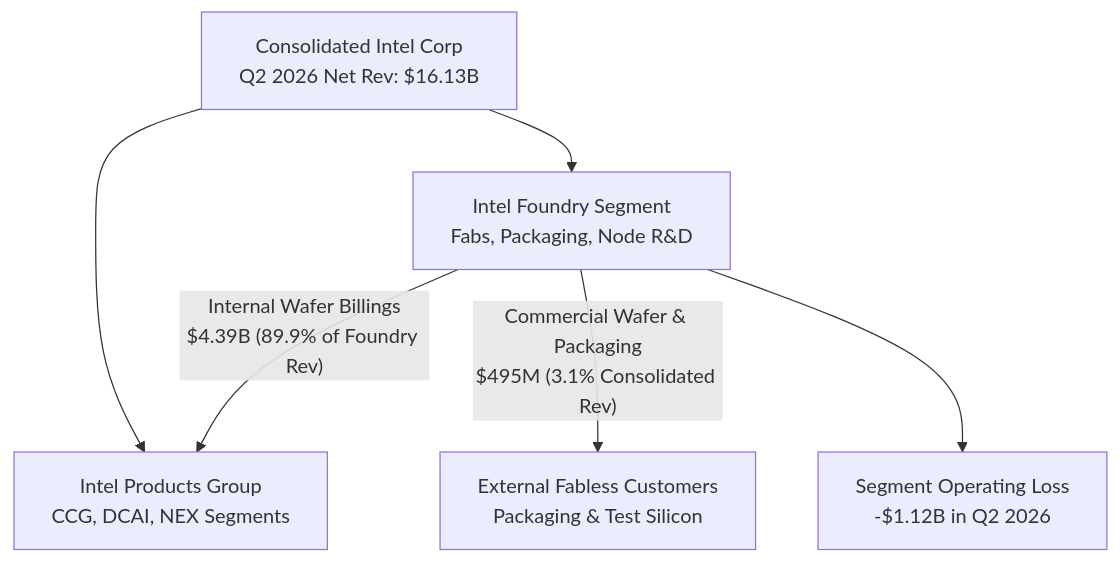
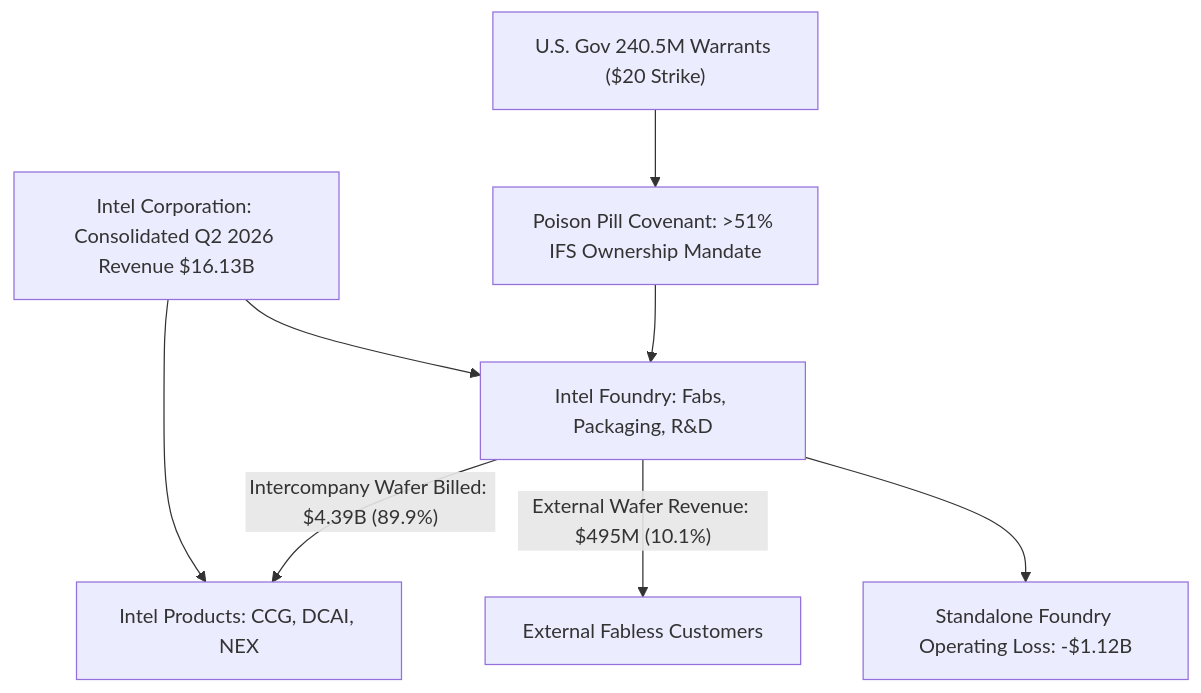
The first of 3 diagrams in web/src/content/articles/intc-intc-2026-09-28-001.md (Unheat/memeTrading), drawn with Mermaid before and after one commit. The commit also changed other lines of this file and 6 other files, not shown here.

````diff
--- a/web/src/content/articles/intc-intc-2026-09-28-001.md
+++ b/web/src/content/articles/intc-intc-2026-09-28-001.md
@@ -92,8 +91,10 @@
 ```mermaid
 flowchart TD
-A["Consolidated Intel Corp<br/>Q2 2026 Net Rev: $16.13B"] --> B["Intel Products Group<br/>CCG, DCAI, NEX Segments"]
-A --> C["Intel Foundry Segment<br/>Fabs, Packaging, Node R&D"]
-C -- "Internal Wafer Billings<br/>$4.39B (89.9% of Foundry Rev)" --> B
-C -- "Commercial Wafer & Packaging<br/>$495M (3.1% Consolidated Rev)" --> D["External Fabless Customers<br/>Packaging & Test Silicon"]
-C --> E["Segment Operating Loss<br/>-$1.12B in Q2 2026"]
+    Consolidated["Intel Corporation: Consolidated Q2 2026 Revenue $16.13B"] --> Products["Intel Products: CCG, DCAI, NEX"]
+    Consolidated --> Foundry["Intel Foundry: Fabs, Packaging, R&D"]
+    Foundry -- "Intercompany Wafer Billed: $4.39B (89.9%)" --> Products
+    Foundry -- "External Wafer Revenue: $495M (10.1%)" --> ThirdParty["External Fabless Customers"]
+    Foundry --> Losses["Standalone Foundry Operating Loss: -$1.12B"]
+    GovWarrants["U.S. Gov 240.5M Warrants ($20 Strike)"] --> PoisonPill["Poison Pill Covenant: >51% IFS Ownership Mandate"]
+    PoisonPill --> Foundry
 ```
````
